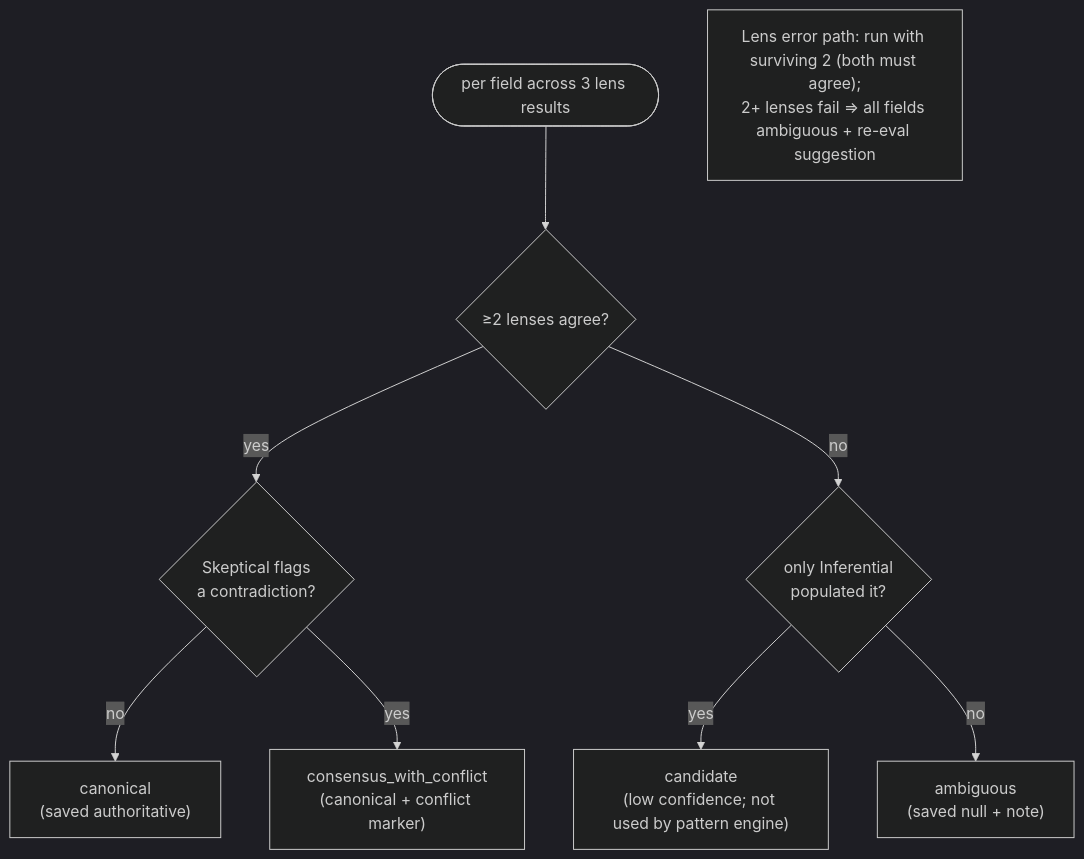
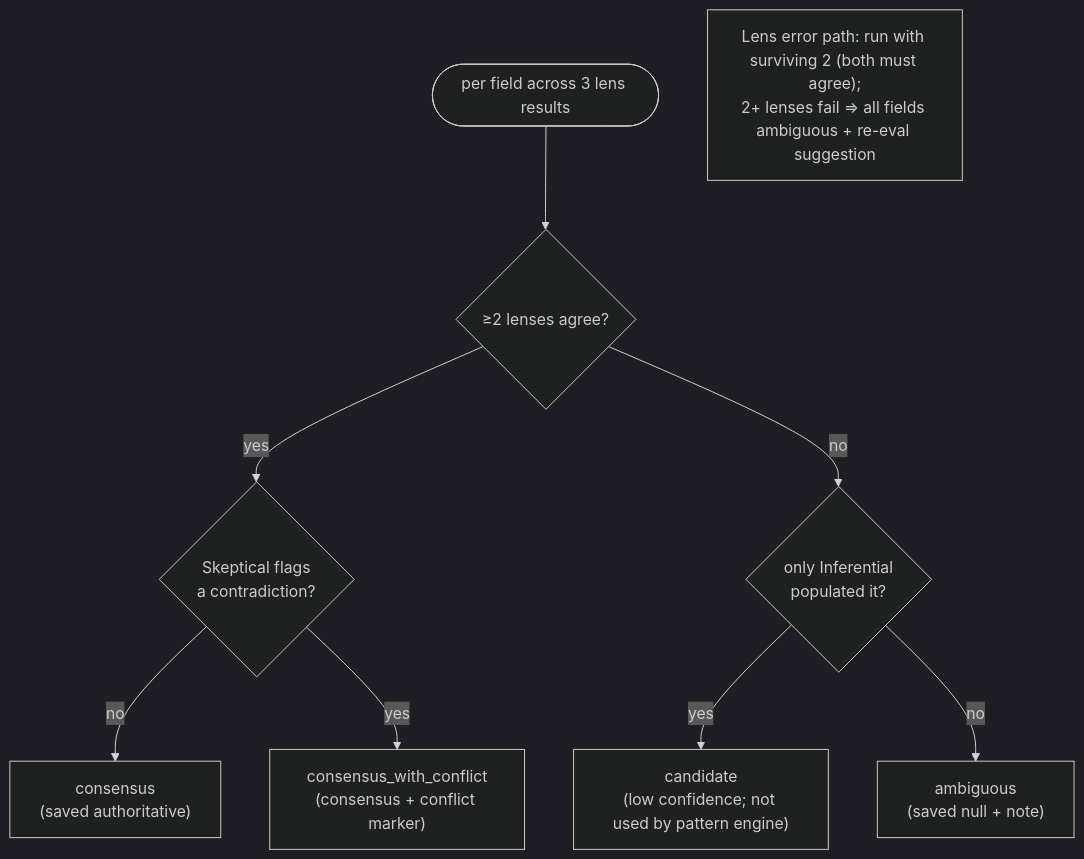
Before and after one commit to anchildress1/vestige: the third of 5 diagrams in docs/diagrams/llm-functionality.md, drawn with Mermaid (dark theme). The commit also changed 10 other files, not shown here.

````diff
--- a/docs/diagrams/llm-functionality.md
+++ b/docs/diagrams/llm-functionality.md
@@ -91,15 +91,15 @@
 ```mermaid
 flowchart TD
     accTitle: Convergence resolver per-field decision
     accDescr: For each field, if two or more of three lenses agree the verdict is consensus, unless Skeptical flags a conflict in which case it is consensus_with_conflict. If only Inferential populated it, the verdict is candidate. If all three disagree, the verdict is ambiguous and the field is saved null with a debug note.
 
     F(["per field across 3 lens results"]) --> A{"≥2 lenses agree?"}
     A -- yes --> SK{"Skeptical flags<br/>a contradiction?"}
-    SK -- no --> CAN["canonical<br/>(saved authoritative)"]
-    SK -- yes --> CWC["consensus_with_conflict<br/>(canonical + conflict marker)"]
+    SK -- no --> CAN["consensus<br/>(saved authoritative)"]
+    SK -- yes --> CWC["consensus_with_conflict<br/>(consensus + conflict marker)"]
     A -- no --> ONE{"only Inferential<br/>populated it?"}
     ONE -- yes --> CND["candidate<br/>(low confidence; not used by pattern engine)"]
     ONE -- no --> AMB["ambiguous<br/>(saved null + note)"]
 
     note["Lens error path: run with surviving 2 (both must agree);<br/>2+ lenses fail ⇒ all fields ambiguous + re-eval suggestion"]
 ```
````
